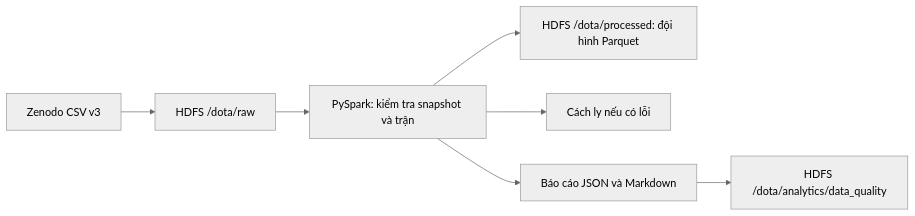
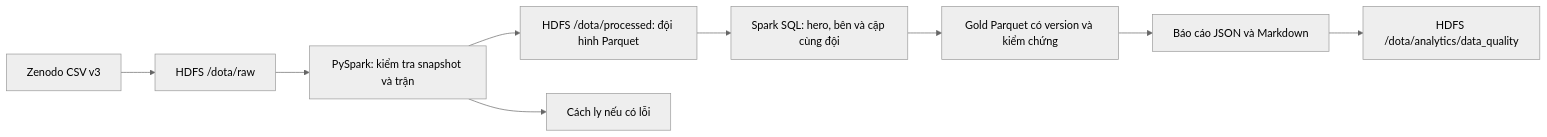
One commit to ncdanh0311/Dota2_BigData changed the diagram in README.md. Above: the diagram before and after it, drawn with Mermaid (neutral theme). The commit also changed other lines of this file and 18 other files, not shown here.

Commit message:
Add verified Spark SQL draft analytics and versioned Gold reports

````diff
--- a/README.md
+++ b/README.md
@@ -30,9 +33,11 @@
 ```mermaid
 flowchart LR
     Z[Zenodo CSV v3] --> R[HDFS /dota/raw]
     R --> V[PySpark: kiểm tra snapshot và trận]
     V --> P[HDFS /dota/processed: đội hình Parquet]
     V --> Q[Cách ly nếu có lỗi]
-    V --> E[Báo cáo JSON và Markdown]
+    P --> S[Spark SQL: hero, bên và cặp cùng đội]
+    S --> G[Gold Parquet có version và kiểm chứng]
+    G --> E[Báo cáo JSON và Markdown]
     E --> A[HDFS /dota/analytics/data_quality]
 ```
````
